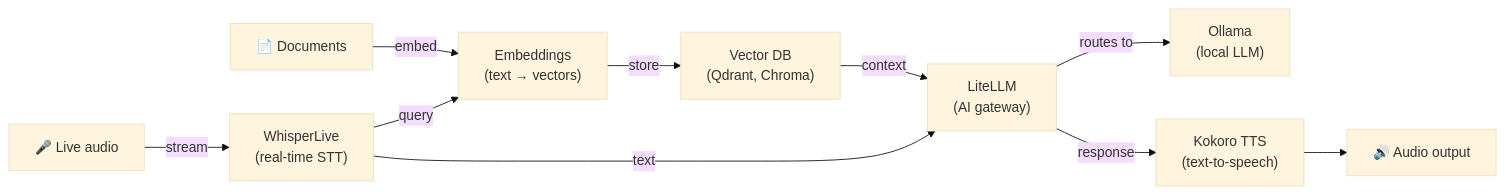
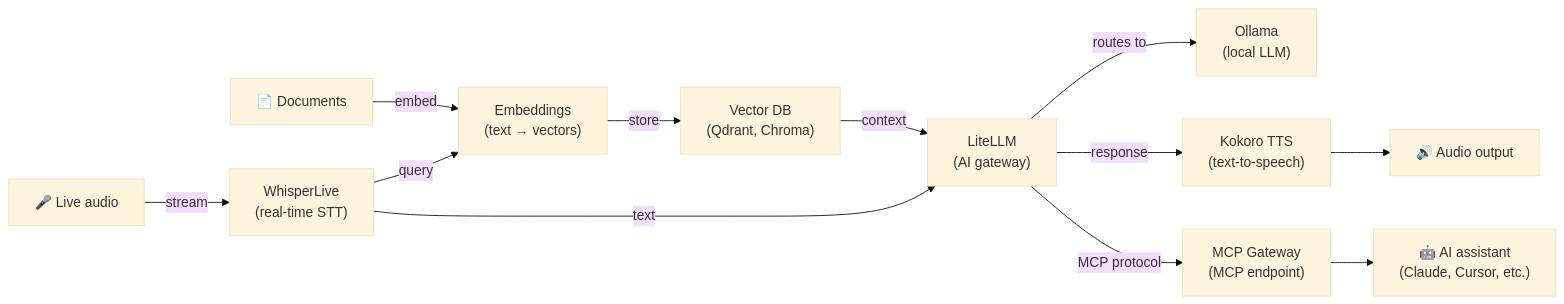
One commit to hwdsl2/docker-whisper-live changed the diagram in README.md. Above: the diagram before and after it, drawn with Mermaid (base theme). The commit also changed other lines of this file and 3 other files, not shown here.

````diff
--- a/README.md
+++ b/README.md
@@ -585,12 +586,14 @@
 ```mermaid
 graph LR
     D["📄 Documents"] -->|embed| E["Embeddings<br/>(text → vectors)"]
     E -->|store| VDB["Vector DB<br/>(Qdrant, Chroma)"]
     A["🎤 Live audio"] -->|stream| WL["WhisperLive<br/>(real-time STT)"]
     WL -->|query| E
     VDB -->|context| L["LiteLLM<br/>(AI gateway)"]
     WL -->|text| L
     L -->|routes to| O["Ollama<br/>(local LLM)"]
     L -->|response| T["Kokoro TTS<br/>(text-to-speech)"]
     T --> B["🔊 Audio output"]
+    L -->|MCP protocol| M["MCP Gateway<br/>(MCP endpoint)"]
+    M --> C["🤖 AI assistant<br/>(Claude, Cursor, etc.)"]
 ```
````
